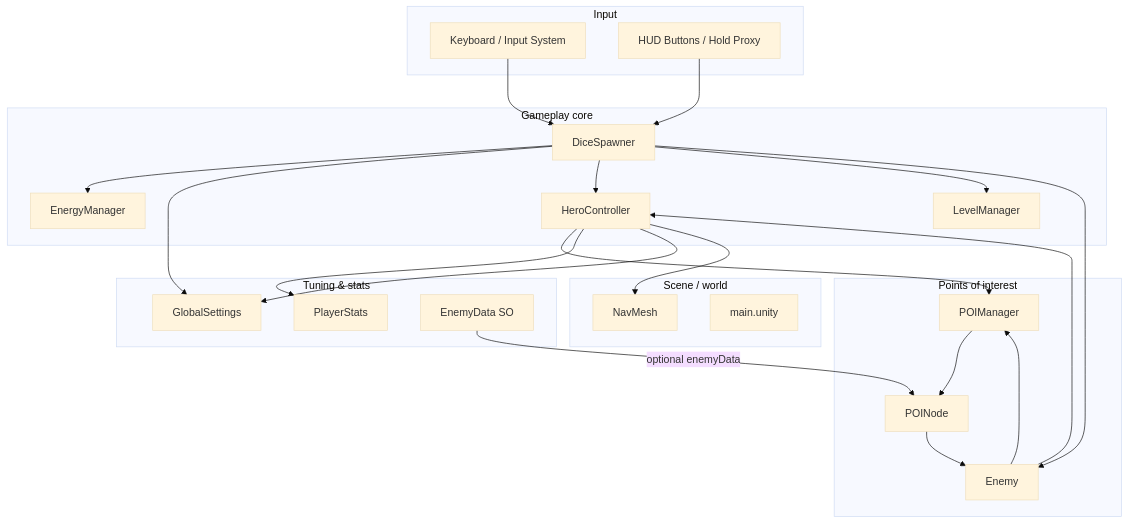
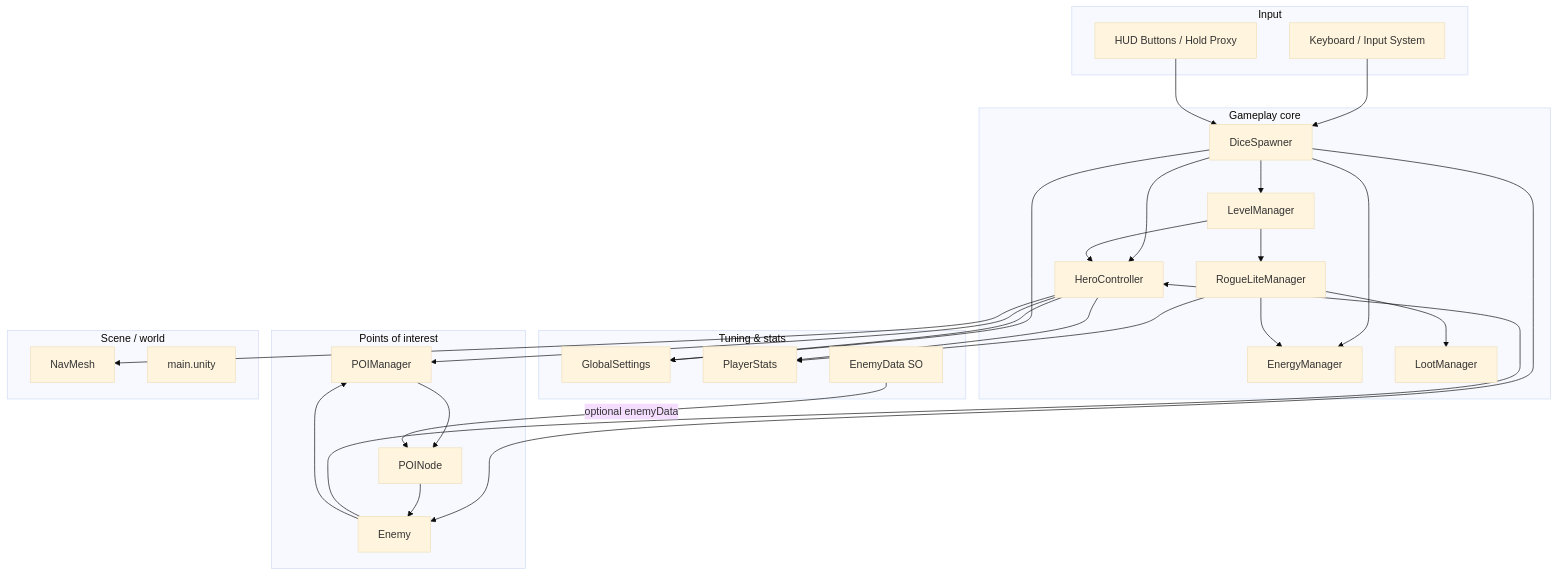
The first of 16 diagrams in docs/ARCHITECTURE.md (czyzem-stack/fatesRoll), drawn with Mermaid (base theme) before and after one commit. The commit also changed other lines of this file and 21 other files, not shown here.

````diff
--- a/docs/ARCHITECTURE.md
+++ b/docs/ARCHITECTURE.md
@@ -30,51 +31,58 @@
 ```mermaid
 flowchart TB
     subgraph Input
         KB[Keyboard / Input System]
         UI[HUD Buttons / Hold Proxy]
     end
 
     subgraph Core["Gameplay core"]
         DS[DiceSpawner]
         HC[HeroController]
         EM[EnergyManager]
         LM[LevelManager]
+        RL[RogueLiteManager]
+        LM2[LootManager]
     end
 
     subgraph POI["Points of interest"]
         PM[POIManager]
         PN[POINode]
         EN[Enemy]
     end
 
     subgraph Data["Tuning & stats"]
         GS[GlobalSettings]
         PS[PlayerStats]
         ED[EnemyData SO]
     end
 
     subgraph World["Scene / world"]
         NM[NavMesh]
         SC[main.unity]
     end
 
     KB --> DS
     UI --> DS
     DS --> EM
     DS --> GS
     DS --> HC
     DS --> LM
+    LM --> RL
+    LM --> HC
+    RL --> PS
+    RL --> EM
+    RL --> LM2
     DS --> EN
 
     HC --> PM
     HC --> PS
     HC --> GS
     HC --> NM
 
     PM --> PN
     ED -->|optional enemyData| PN
     PN --> EN
 
     EN --> HC
     EN --> PM
 ```
````
